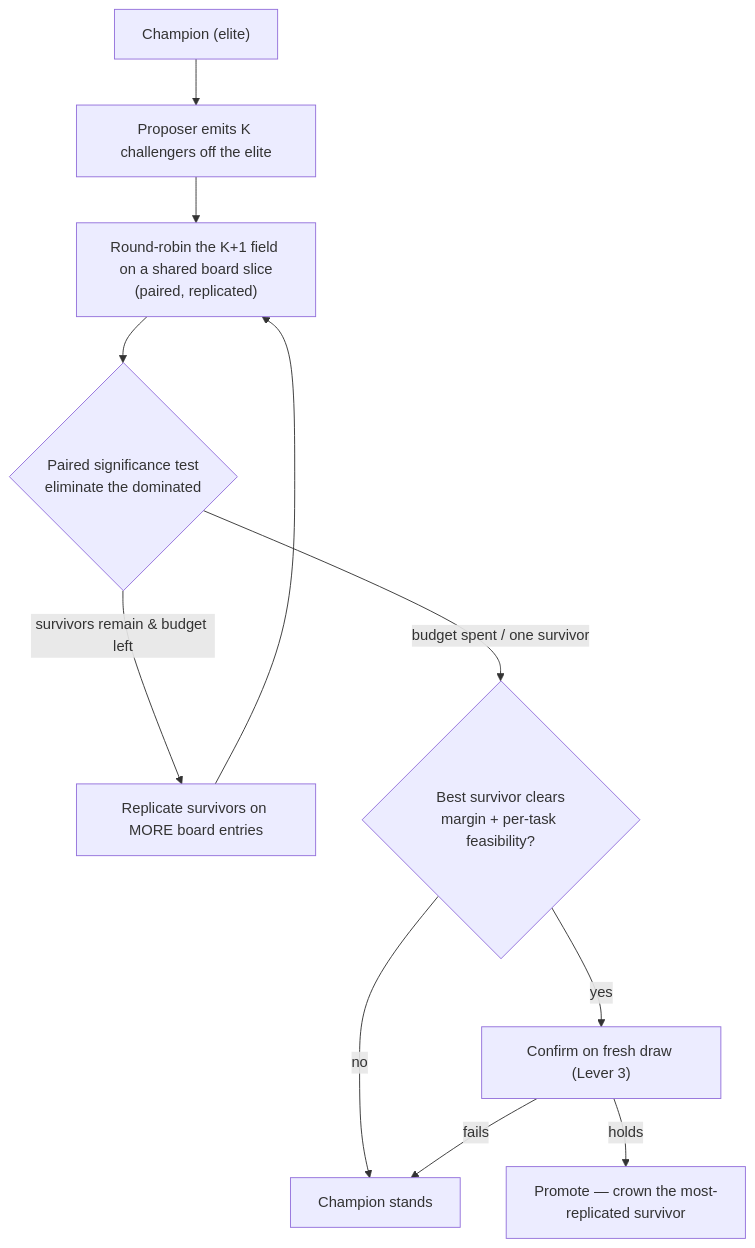
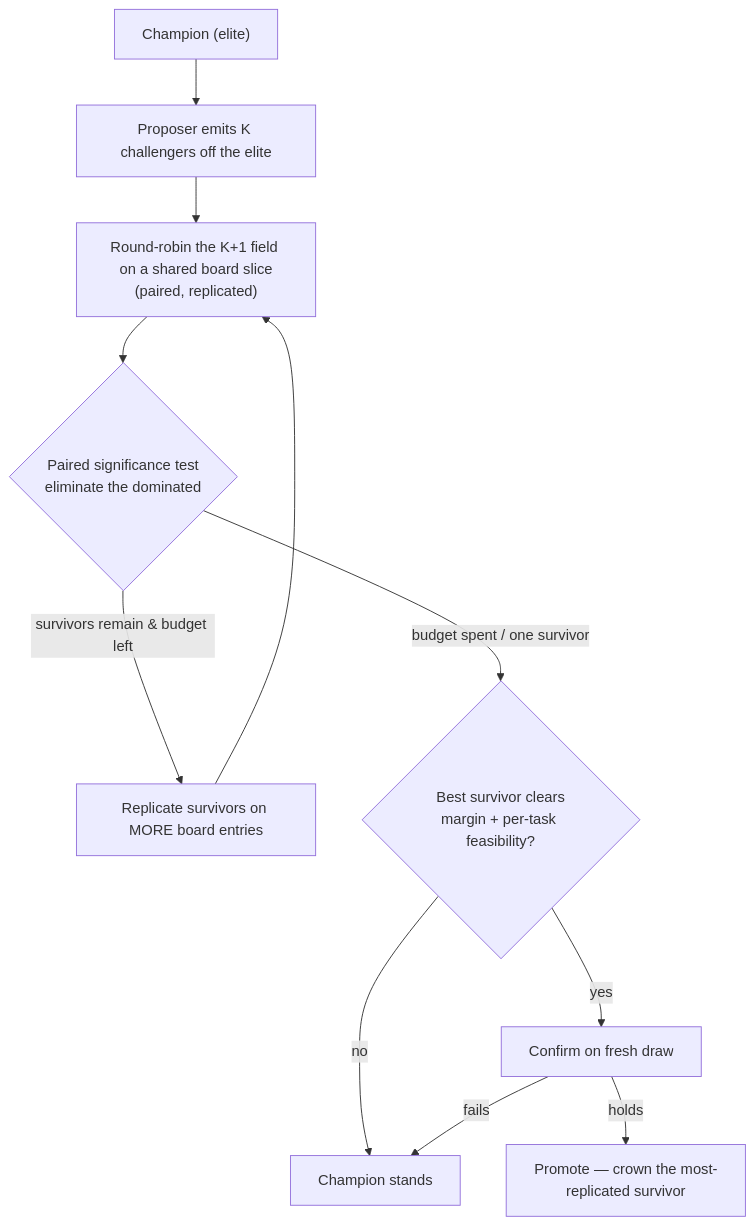
Before and after one commit to pedapudi/zicato: diagram 12 of 12 in docs/design/SELECTION.md, drawn with Mermaid. The commit also changed other lines of this file and 33 other files, not shown here.

````diff
--- a/docs/design/SELECTION.md
+++ b/docs/design/SELECTION.md
@@ -900,13 +912,13 @@
 ```mermaid
 flowchart TB
     A["Champion (elite)"] --> B["Proposer emits K challengers off the elite"]
     B --> C["Round-robin the K+1 field on a shared board slice<br/>(paired, replicated)"]
     C --> D{"Paired significance test<br/>eliminate the dominated"}
     D -->|"survivors remain & budget left"| E["Replicate survivors on MORE board entries"]
     E --> C
     D -->|"budget spent / one survivor"| F{"Best survivor clears<br/>margin + per-task feasibility?"}
     F -->|no| G["Champion stands"]
-    F -->|yes| H["Confirm on fresh draw (Lever 3)"]
+    F -->|yes| H["Confirm on fresh draw"]
     H -->|holds| I["Promote — crown the most-replicated survivor"]
     H -->|fails| G
 ```
````
